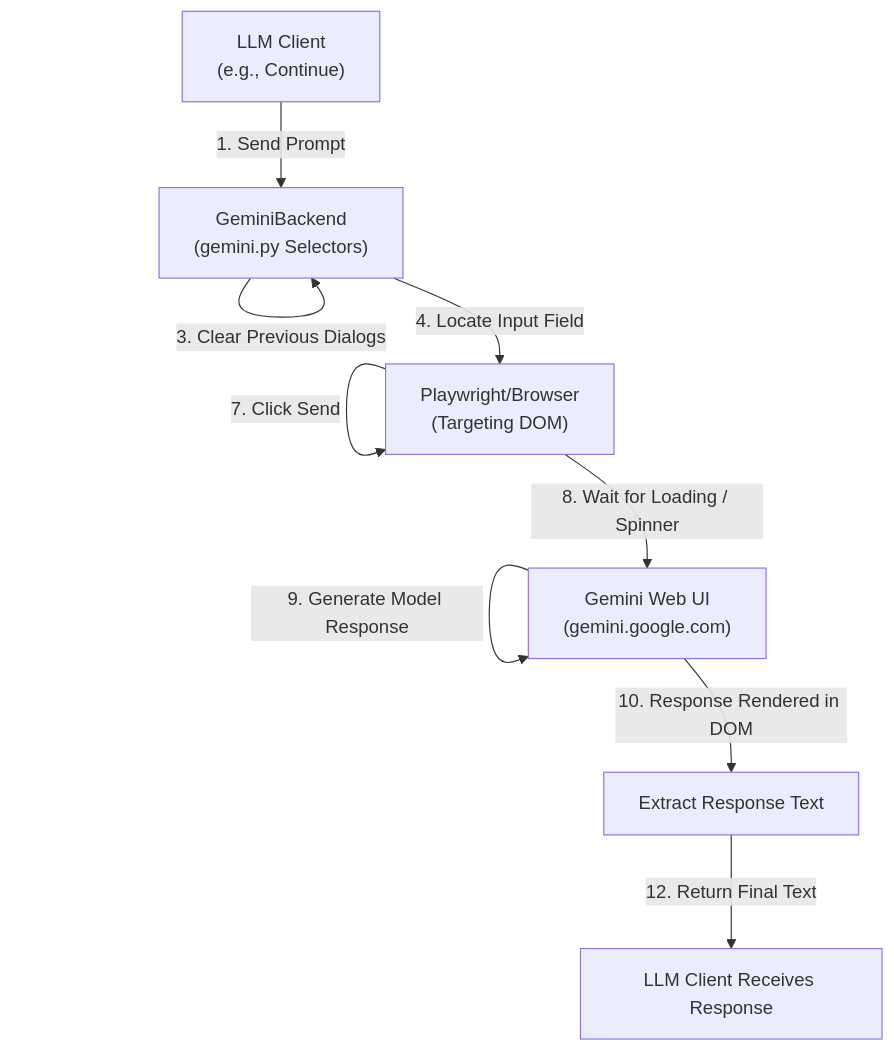
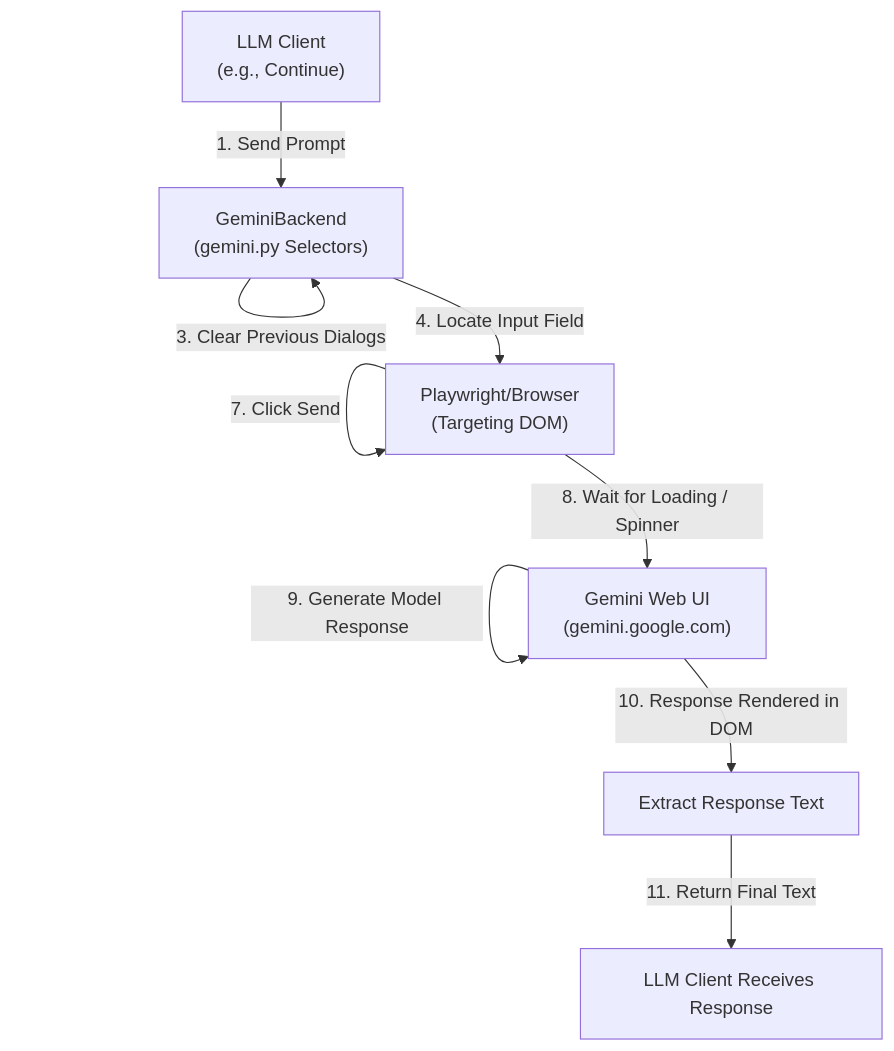
One commit to VOID1793/browser_ai changed the diagram in README.md. Above: the diagram before and after it, drawn with Mermaid.

Commit message:
Commit for Claude.

````diff
--- a/README.md
+++ b/README.md
@@ -46,14 +46,14 @@
 ```mermaid
 flowchart TD
     A["LLM Client<br>(e.g., Continue)"] -->|1. Send Prompt| B["GeminiBackend<br>(gemini.py Selectors)"]
     B -->|2. Handle Consent Popups| B
     B -->|3. Clear Previous Dialogs| B
     B -->|4. Locate Input Field| C["Playwright/Browser<br>(Targeting DOM)"]
     C -->|5. Focus & Type Prompt| C
     C -->|6. Locate Send Button| C
     C -->|7. Click Send| C
     C -->|8. Wait for Loading / Spinner| D["Gemini Web UI<br>(gemini.google.com)"]
     D -->|9. Generate Model Response| D
     D -->|10. Response Rendered in DOM| E[Extract Response Text]
-    E -->|12. Return Final Text| F[LLM Client Receives Response]
+    E -->|11. Return Final Text| F[LLM Client Receives Response]
 ```
````
